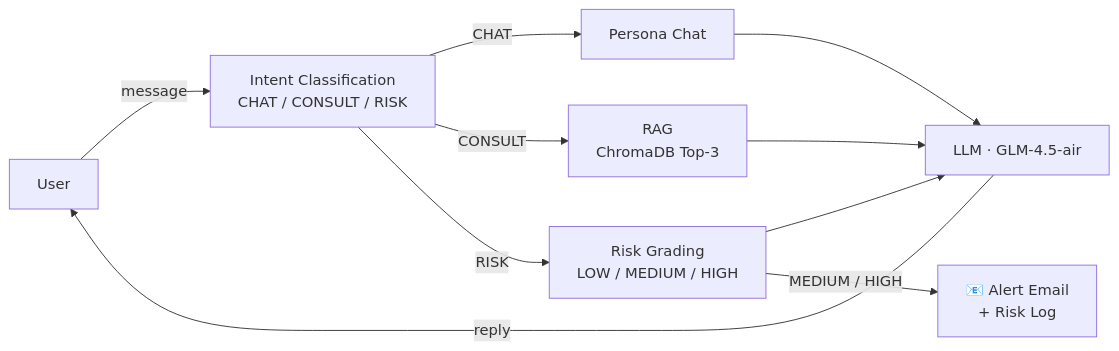
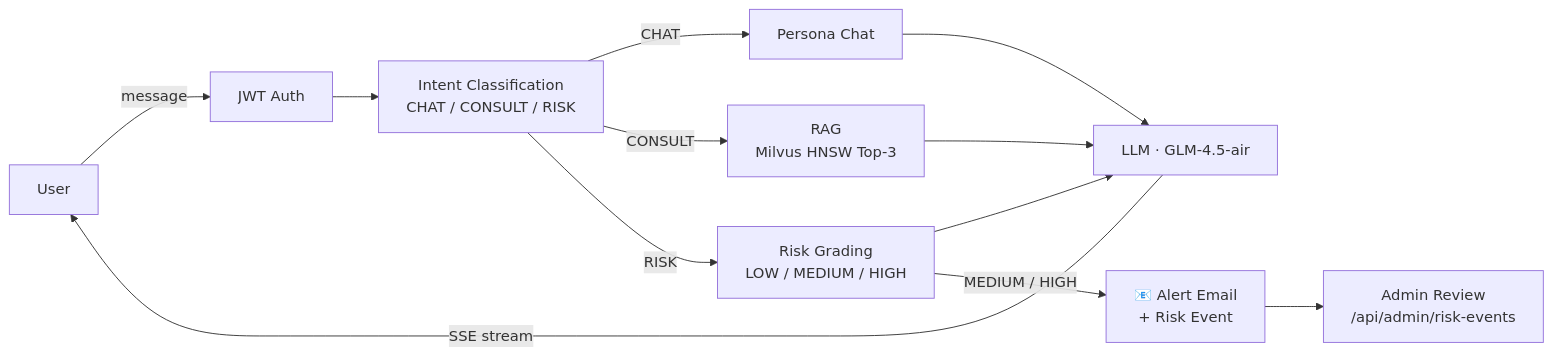
Before and after one commit to CharlsOliver-kws/Psychelink: the diagram in README.md, drawn with Mermaid. The commit also changed other lines of this file and 51 other files, not shown here.

First line of the commit message:
Upgrade to full production-grade architecture (v0.2.0)

````diff
--- a/README.md
+++ b/README.md
@@ -16,12 +17,14 @@
 ```mermaid
 flowchart LR
-    U[User] -->|message| IC[Intent Classification<br/>CHAT / CONSULT / RISK]
+    U[User] -->|message| AUTH[JWT Auth]
+    AUTH --> IC[Intent Classification<br/>CHAT / CONSULT / RISK]
     IC -->|CHAT| P[Persona Chat]
-    IC -->|CONSULT| R[RAG<br/>ChromaDB Top-3]
+    IC -->|CONSULT| R[RAG<br/>Milvus HNSW Top-3]
     IC -->|RISK| RG[Risk Grading<br/>LOW / MEDIUM / HIGH]
     R --> LLM[LLM · GLM-4.5-air]
     RG --> LLM
-    RG -->|MEDIUM / HIGH| A[📧 Alert Email<br/>+ Risk Log]
+    RG -->|MEDIUM / HIGH| A[📧 Alert Email<br/>+ Risk Event]
     P --> LLM
-    LLM -->|reply| U
+    LLM -->|SSE stream| U
+    A --> RV[Admin Review<br/>/api/admin/risk-events]
 ```
````
